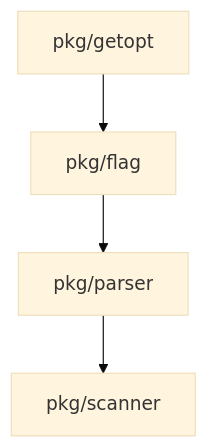
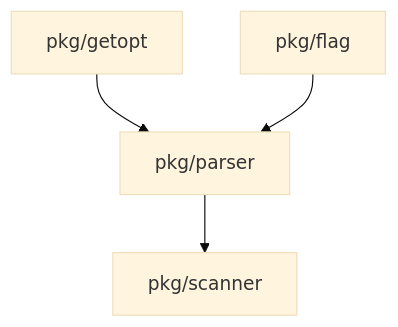
The diagram in README.md (bassosimone/clip), drawn with Mermaid (base theme) before and after one commit.

````diff
--- a/README.md
+++ b/README.md
@@ -90,11 +90,11 @@
 ```mermaid
 flowchart TD
     getopt[pkg/getopt]
     flag[pkg/flag]
     parser[pkg/parser]
     scanner[pkg/scanner]
 
-    getopt --> flag
+    getopt --> parser
     flag --> parser
     parser --> scanner
 ```
````
